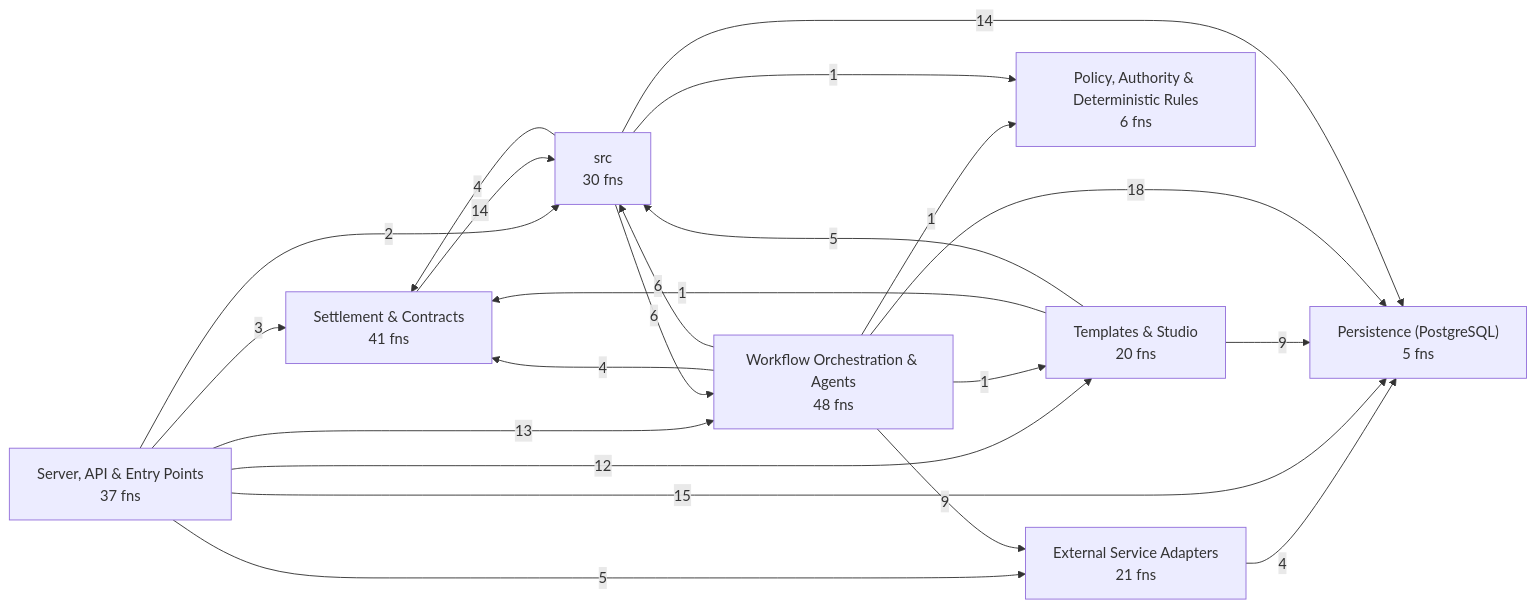
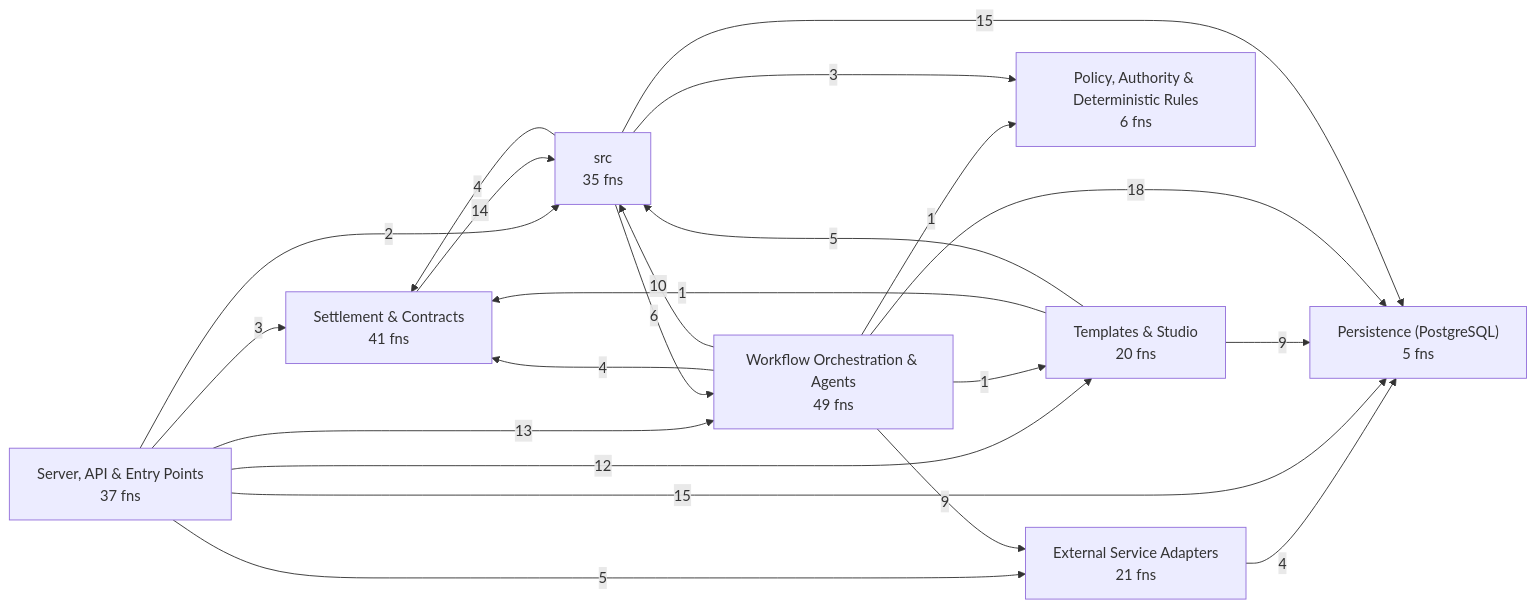
One commit to Jaydearcadian/bind changed the first of 8 diagrams in docs/CODEBASE_MAP.md. Above: the diagram before and after it, drawn with Mermaid. The commit also changed other lines of this file and 17 other files, not shown here.

````diff
--- a/docs/CODEBASE_MAP.md
+++ b/docs/CODEBASE_MAP.md
@@ -12,32 +12,32 @@
 ```mermaid
 flowchart LR
   L0["External Service Adapters<br/>21 fns"]
   L1["Persistence (PostgreSQL)<br/>5 fns"]
   L2["Policy, Authority & Deterministic Rules<br/>6 fns"]
   L3["Server, API & Entry Points<br/>37 fns"]
   L4["Settlement & Contracts<br/>41 fns"]
   L5["Templates & Studio<br/>20 fns"]
-  L6["Workflow Orchestration & Agents<br/>48 fns"]
-  L7["src<br/>30 fns"]
+  L6["Workflow Orchestration & Agents<br/>49 fns"]
+  L7["src<br/>35 fns"]
   L0 -->|4| L1
   L3 -->|5| L0
   L3 -->|15| L1
   L3 -->|3| L4
   L3 -->|12| L5
   L3 -->|13| L6
   L3 -->|2| L7
   L4 -->|14| L7
   L5 -->|9| L1
   L5 -->|1| L4
   L5 -->|5| L7
   L6 -->|9| L0
   L6 -->|18| L1
   L6 -->|1| L2
   L6 -->|4| L4
   L6 -->|1| L5
-  L6 -->|6| L7
-  L7 -->|14| L1
-  L7 -->|1| L2
+  L6 -->|10| L7
+  L7 -->|15| L1
+  L7 -->|3| L2
   L7 -->|4| L4
   L7 -->|6| L6
 ```
````
